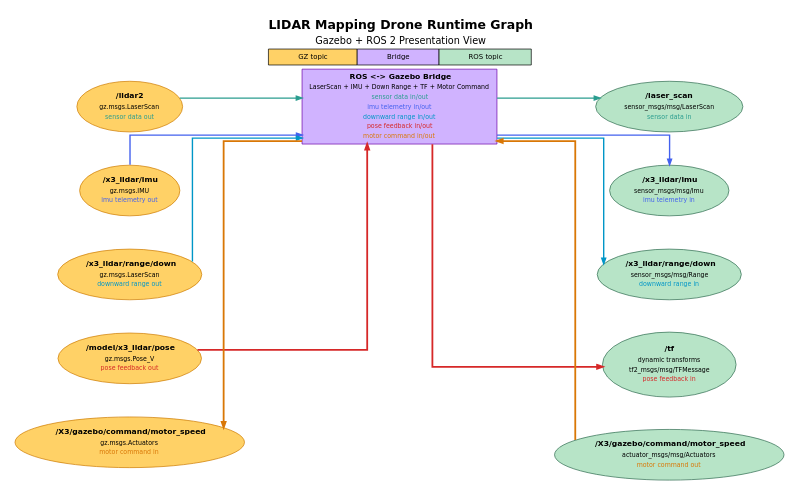
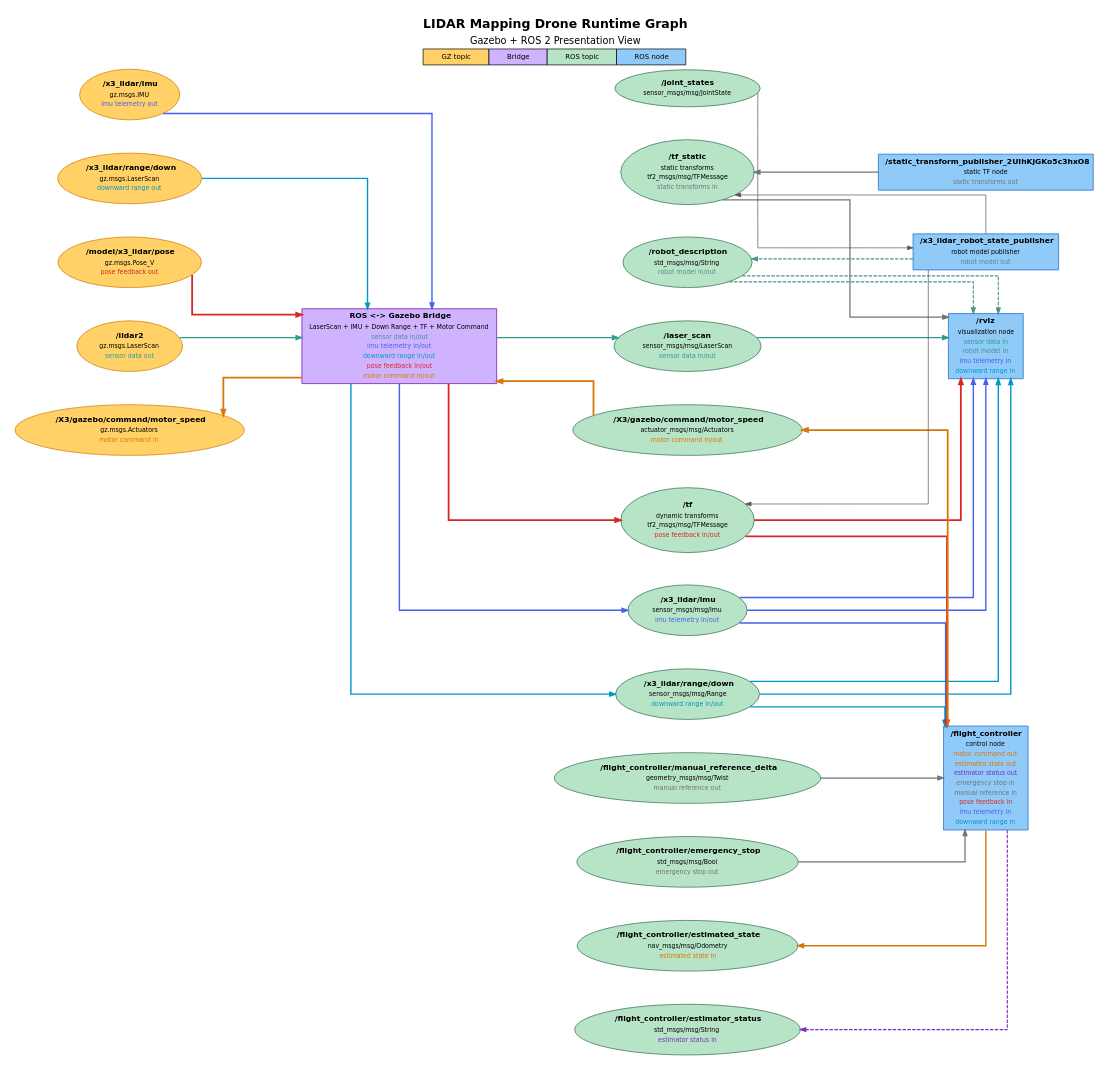
The diagram in tools/generated/ros_gz_system_graph.dot (KelennaUdo/LIDAR_mapping_drone), drawn with Graphviz before and after one commit. The commit also changed 17 other files, not shown here.

```diff
--- a/tools/generated/ros_gz_system_graph.dot
+++ b/tools/generated/ros_gz_system_graph.dot
@@ -1,5 +1,5 @@
 digraph RosGzSystemGraph {
-  graph [rankdir=LR, bgcolor="white", pad="0.2", nodesep="0.65", ranksep="1.15", splines="ortho", label=<<TABLE BORDER="0" CELLBORDER="0" CELLSPACING="0"><TR><TD><FONT POINT-SIZE="18"><B>LIDAR Mapping Drone Runtime Graph</B></FONT></TD></TR><TR><TD><FONT POINT-SIZE="14">Gazebo + ROS 2 Presentation View</FONT></TD></TR><TR><TD><TABLE BORDER="0" CELLBORDER="1" CELLSPACING="0" CELLPADDING="5"><TR><TD BGCOLOR="#ffd166"><FONT POINT-SIZE="10">GZ topic</FONT></TD><TD BGCOLOR="#d0b3ff"><FONT POINT-SIZE="10">Bridge</FONT></TD><TD BGCOLOR="#b7e4c7"><FONT POINT-SIZE="10">ROS topic</FONT></TD></TR></TABLE></TD></TR></TABLE>>, labelloc="t", labeljust="c", fontsize="18", fontname="DejaVu Sans"];
+  graph [rankdir=LR, bgcolor="white", pad="0.2", nodesep="0.65", ranksep="1.15", splines="ortho", label=<<TABLE BORDER="0" CELLBORDER="0" CELLSPACING="0"><TR><TD><FONT POINT-SIZE="18"><B>LIDAR Mapping Drone Runtime Graph</B></FONT></TD></TR><TR><TD><FONT POINT-SIZE="14">Gazebo + ROS 2 Presentation View</FONT></TD></TR><TR><TD><TABLE BORDER="0" CELLBORDER="1" CELLSPACING="0" CELLPADDING="5"><TR><TD BGCOLOR="#ffd166"><FONT POINT-SIZE="10">GZ topic</FONT></TD><TD BGCOLOR="#d0b3ff"><FONT POINT-SIZE="10">Bridge</FONT></TD><TD BGCOLOR="#b7e4c7"><FONT POINT-SIZE="10">ROS topic</FONT></TD><TD BGCOLOR="#90caf9"><FONT POINT-SIZE="10">ROS node</FONT></TD></TR></TABLE></TD></TR></TABLE>>, labelloc="t", labeljust="c", fontsize="18", fontname="DejaVu Sans"];
   node [fontname="DejaVu Sans", fontsize="11", style="filled"];
   edge [fontname="DejaVu Sans", fontsize="9", color="#555555", arrowsize="0.8"];
 
@@ -25,24 +25,37 @@
     label="ROS 2 Topics";
     color="#2d6a4f";
     style="rounded";
-    "ros_topic_laser_scan" [label=<<TABLE BORDER="0" CELLBORDER="0" CELLSPACING="0" CELLPADDING="2"><TR><TD><FONT POINT-SIZE="11"><B>/laser_scan</B></FONT></TD></TR><TR><TD><FONT POINT-SIZE="9">sensor_msgs/msg/LaserScan</FONT></TD></TR><TR><TD><FONT POINT-SIZE="9" COLOR="#2a9d8f">sensor data in</FONT></TD></TR></TABLE>>, shape="ellipse", fillcolor="#b7e4c7", color="#2d6a4f"];
-    "ros_topic_x3_lidar_imu" [label=<<TABLE BORDER="0" CELLBORDER="0" CELLSPACING="0" CELLPADDING="2"><TR><TD><FONT POINT-SIZE="11"><B>/x3_lidar/imu</B></FONT></TD></TR><TR><TD><FONT POINT-SIZE="9">sensor_msgs/msg/Imu</FONT></TD></TR><TR><TD><FONT POINT-SIZE="9" COLOR="#4361ee">imu telemetry in</FONT></TD></TR></TABLE>>, shape="ellipse", fillcolor="#b7e4c7", color="#2d6a4f"];
-    "ros_topic_x3_lidar_range_down" [label=<<TABLE BORDER="0" CELLBORDER="0" CELLSPACING="0" CELLPADDING="2"><TR><TD><FONT POINT-SIZE="11"><B>/x3_lidar/range/down</B></FONT></TD></TR><TR><TD><FONT POINT-SIZE="9">sensor_msgs/msg/Range</FONT></TD></TR><TR><TD><FONT POINT-SIZE="9" COLOR="#0096c7">downward range in</FONT></TD></TR></TABLE>>, shape="ellipse", fillcolor="#b7e4c7", color="#2d6a4f"];
-    "ros_topic_tf" [label=<<TABLE BORDER="0" CELLBORDER="0" CELLSPACING="0" CELLPADDING="2"><TR><TD><FONT POINT-SIZE="11"><B>/tf</B></FONT></TD></TR><TR><TD><FONT POINT-SIZE="9">dynamic transforms</FONT></TD></TR><TR><TD><FONT POINT-SIZE="9">tf2_msgs/msg/TFMessage</FONT></TD></TR><TR><TD><FONT POINT-SIZE="9" COLOR="#d62828">pose feedback in</FONT></TD></TR></TABLE>>, shape="ellipse", fillcolor="#b7e4c7", color="#2d6a4f"];
-    "ros_topic_X3_gazebo_command_motor_speed" [label=<<TABLE BORDER="0" CELLBORDER="0" CELLSPACING="0" CELLPADDING="2"><TR><TD><FONT POINT-SIZE="11"><B>/X3/gazebo/command/motor_speed</B></FONT></TD></TR><TR><TD><FONT POINT-SIZE="9">actuator_msgs/msg/Actuators</FONT></TD></TR><TR><TD><FONT POINT-SIZE="9" COLOR="#d97706">motor command out</FONT></TD></TR></TABLE>>, shape="ellipse", fillcolor="#b7e4c7", color="#2d6a4f"];
+    "ros_topic_laser_scan" [label=<<TABLE BORDER="0" CELLBORDER="0" CELLSPACING="0" CELLPADDING="2"><TR><TD><FONT POINT-SIZE="11"><B>/laser_scan</B></FONT></TD></TR><TR><TD><FONT POINT-SIZE="9">sensor_msgs/msg/LaserScan</FONT></TD></TR><TR><TD><FONT POINT-SIZE="9" COLOR="#2a9d8f">sensor data in/out</FONT></TD></TR></TABLE>>, shape="ellipse", fillcolor="#b7e4c7", color="#2d6a4f"];
+    "ros_topic_x3_lidar_imu" [label=<<TABLE BORDER="0" CELLBORDER="0" CELLSPACING="0" CELLPADDING="2"><TR><TD><FONT POINT-SIZE="11"><B>/x3_lidar/imu</B></FONT></TD></TR><TR><TD><FONT POINT-SIZE="9">sensor_msgs/msg/Imu</FONT></TD></TR><TR><TD><FONT POINT-SIZE="9" COLOR="#4361ee">imu telemetry in/out</FONT></TD></TR></TABLE>>, shape="ellipse", fillcolor="#b7e4c7", color="#2d6a4f"];
+    "ros_topic_x3_lidar_range_down" [label=<<TABLE BORDER="0" CELLBORDER="0" CELLSPACING="0" CELLPADDING="2"><TR><TD><FONT POINT-SIZE="11"><B>/x3_lidar/range/down</B></FONT></TD></TR><TR><TD><FONT POINT-SIZE="9">sensor_msgs/msg/Range</FONT></TD></TR><TR><TD><FONT POINT-SIZE="9" COLOR="#0096c7">downward range in/out</FONT></TD></TR></TABLE>>, shape="ellipse", fillcolor="#b7e4c7", color="#2d6a4f"];
+    "ros_topic_tf" [label=<<TABLE BORDER="0" CELLBORDER="0" CELLSPACING="0" CELLPADDING="2"><TR><TD><FONT POINT-SIZE="11"><B>/tf</B></FONT></TD></TR><TR><TD><FONT POINT-SIZE="9">dynamic transforms</FONT></TD></TR><TR><TD><FONT POINT-SIZE="9">tf2_msgs/msg/TFMessage</FONT></TD></TR><TR><TD><FONT POINT-SIZE="9" COLOR="#d62828">pose feedback in/out</FONT></TD></TR></TABLE>>, shape="ellipse", fillcolor="#b7e4c7", color="#2d6a4f"];
+    "ros_topic_tf_static" [label=<<TABLE BORDER="0" CELLBORDER="0" CELLSPACING="0" CELLPADDING="2"><TR><TD><FONT POINT-SIZE="11"><B>/tf_static</B></FONT></TD></TR><TR><TD><FONT POINT-SIZE="9">static transforms</FONT></TD></TR><TR><TD><FONT POINT-SIZE="9">tf2_msgs/msg/TFMessage</FONT></TD></TR><TR><TD><FONT POINT-SIZE="9" COLOR="#6c757d">static transforms in</FONT></TD></TR></TABLE>>, shape="ellipse", fillcolor="#b7e4c7", color="#2d6a4f"];
+    "ros_topic_robot_description" [label=<<TABLE BORDER="0" CELLBORDER="0" CELLSPACING="0" CELLPADDING="2"><TR><TD><FONT POINT-SIZE="11"><B>/robot_description</B></FONT></TD></TR><TR><TD><FONT POINT-SIZE="9">std_msgs/msg/String</FONT></TD></TR><TR><TD><FONT POINT-SIZE="9" COLOR="#4d908e">robot model in/out</FONT></TD></TR></TABLE>>, shape="ellipse", fillcolor="#b7e4c7", color="#2d6a4f"];
+    "ros_topic_flight_controller_estimated_state" [label=<<TABLE BORDER="0" CELLBORDER="0" CELLSPACING="0" CELLPADDING="2"><TR><TD><FONT POINT-SIZE="11"><B>/flight_controller/estimated_state</B></FONT></TD></TR><TR><TD><FONT POINT-SIZE="9">nav_msgs/msg/Odometry</FONT></TD></TR><TR><TD><FONT POINT-SIZE="9" COLOR="#d97706">estimated state in</FONT></TD></TR></TABLE>>, shape="ellipse", fillcolor="#b7e4c7", color="#2d6a4f"];
+    "ros_topic_flight_controller_estimator_status" [label=<<TABLE BORDER="0" CELLBORDER="0" CELLSPACING="0" CELLPADDING="2"><TR><TD><FONT POINT-SIZE="11"><B>/flight_controller/estimator_status</B></FONT></TD></TR><TR><TD><FONT POINT-SIZE="9">std_msgs/msg/String</FONT></TD></TR><TR><TD><FONT POINT-SIZE="9" COLOR="#7b2cbf">estimator status in</FONT></TD></TR></TABLE>>, shape="ellipse", fillcolor="#b7e4c7", color="#2d6a4f"];
+    "ros_topic_joint_states" [label=<<TABLE BORDER="0" CELLBORDER="0" CELLSPACING="0" CELLPADDING="2"><TR><TD><FONT POINT-SIZE="11"><B>/joint_states</B></FONT></TD></TR><TR><TD><FONT POINT-SIZE="9">sensor_msgs/msg/JointState</FONT></TD></TR></TABLE>>, shape="ellipse", fillcolor="#b7e4c7", color="#2d6a4f"];
+    "ros_topic_flight_controller_manual_reference_delta" [label=<<TABLE BORDER="0" CELLBORDER="0" CELLSPACING="0" CELLPADDING="2"><TR><TD><FONT POINT-SIZE="11"><B>/flight_controller/manual_reference_delta</B></FONT></TD></TR><TR><TD><FONT POINT-SIZE="9">geometry_msgs/msg/Twist</FONT></TD></TR><TR><TD><FONT POINT-SIZE="9" COLOR="#6c757d">manual reference out</FONT></TD></TR></TABLE>>, shape="ellipse", fillcolor="#b7e4c7", color="#2d6a4f"];
+    "ros_topic_flight_controller_emergency_stop" [label=<<TABLE BORDER="0" CELLBORDER="0" CELLSPACING="0" CELLPADDING="2"><TR><TD><FONT POINT-SIZE="11"><B>/flight_controller/emergency_stop</B></FONT></TD></TR><TR><TD><FONT POINT-SIZE="9">std_msgs/msg/Bool</FONT></TD></TR><TR><TD><FONT POINT-SIZE="9" COLOR="#6c757d">emergency stop out</FONT></TD></TR></TABLE>>, shape="ellipse", fillcolor="#b7e4c7", color="#2d6a4f"];
+    "ros_topic_X3_gazebo_command_motor_speed" [label=<<TABLE BORDER="0" CELLBORDER="0" CELLSPACING="0" CELLPADDING="2"><TR><TD><FONT POINT-SIZE="11"><B>/X3/gazebo/command/motor_speed</B></FONT></TD></TR><TR><TD><FONT POINT-SIZE="9">actuator_msgs/msg/Actuators</FONT></TD></TR><TR><TD><FONT POINT-SIZE="9" COLOR="#d97706">motor command in/out</FONT></TD></TR></TABLE>>, shape="ellipse", fillcolor="#b7e4c7", color="#2d6a4f"];
   }
 
   subgraph cluster_ros_nodes {
     label="ROS 2 Nodes";
     color="#1976d2";
     style="rounded";
+    "ros_node_flight_controller" [label=<<TABLE BORDER="0" CELLBORDER="0" CELLSPACING="0" CELLPADDING="2"><TR><TD><FONT POINT-SIZE="11"><B>/flight_controller</B></FONT></TD></TR><TR><TD><FONT POINT-SIZE="9">control node</FONT></TD></TR><TR><TD><FONT POINT-SIZE="9" COLOR="#d97706">motor command out</FONT></TD></TR><TR><TD><FONT POINT-SIZE="9" COLOR="#d97706">estimated state out</FONT></TD></TR><TR><TD><FONT POINT-SIZE="9" COLOR="#7b2cbf">estimator status out</FONT></TD></TR><TR><TD><FONT POINT-SIZE="9" COLOR="#6c757d">emergency stop in</FONT></TD></TR><TR><TD><FONT POINT-SIZE="9" COLOR="#6c757d">manual reference in</FONT></TD></TR><TR><TD><FONT POINT-SIZE="9" COLOR="#d62828">pose feedback in</FONT></TD></TR><TR><TD><FONT POINT-SIZE="9" COLOR="#4361ee">imu telemetry in</FONT></TD></TR><TR><TD><FONT POINT-SIZE="9" COLOR="#0096c7">downward range in</FONT></TD></TR></TABLE>>, shape="box", fillcolor="#90caf9", color="#1565c0"];
+    "ros_node_rviz" [label=<<TABLE BORDER="0" CELLBORDER="0" CELLSPACING="0" CELLPADDING="2"><TR><TD><FONT POINT-SIZE="11"><B>/rviz</B></FONT></TD></TR><TR><TD><FONT POINT-SIZE="9">visualization node</FONT></TD></TR><TR><TD><FONT POINT-SIZE="9" COLOR="#2a9d8f">sensor data in</FONT></TD></TR><TR><TD><FONT POINT-SIZE="9" COLOR="#4d908e">robot model in</FONT></TD></TR><TR><TD><FONT POINT-SIZE="9" COLOR="#4361ee">imu telemetry in</FONT></TD></TR><TR><TD><FONT POINT-SIZE="9" COLOR="#0096c7">downward range in</FONT></TD></TR></TABLE>>, shape="box", fillcolor="#90caf9", color="#1565c0"];
+    "ros_node_static_transform_publisher_2UIhKjGKo5c3hxO8" [label=<<TABLE BORDER="0" CELLBORDER="0" CELLSPACING="0" CELLPADDING="2"><TR><TD><FONT POINT-SIZE="11"><B>/static_transform_publisher_2UIhKjGKo5c3hxO8</B></FONT></TD></TR><TR><TD><FONT POINT-SIZE="9">static TF node</FONT></TD></TR><TR><TD><FONT POINT-SIZE="9" COLOR="#6c757d">static transforms out</FONT></TD></TR></TABLE>>, shape="box", fillcolor="#90caf9", color="#1565c0"];
+    "ros_node_x3_lidar_robot_state_publisher" [label=<<TABLE BORDER="0" CELLBORDER="0" CELLSPACING="0" CELLPADDING="2"><TR><TD><FONT POINT-SIZE="11"><B>/x3_lidar_robot_state_publisher</B></FONT></TD></TR><TR><TD><FONT POINT-SIZE="9">robot model publisher</FONT></TD></TR><TR><TD><FONT POINT-SIZE="9" COLOR="#4d908e">robot model out</FONT></TD></TR></TABLE>>, shape="box", fillcolor="#90caf9", color="#1565c0"];
   }
 
   { rank=same; "gz_topic_lidar2"; "gz_topic_x3_lidar_imu"; "gz_topic_x3_lidar_range_down"; "gz_topic_model_x3_lidar_pose"; "gz_topic_X3_gazebo_command_motor_speed"; }
   { rank=same; "bridge_ros_gz_bridge"; }
-  { rank=same; "ros_topic_laser_scan"; "ros_topic_x3_lidar_imu"; "ros_topic_x3_lidar_range_down"; "ros_topic_tf"; "ros_topic_X3_gazebo_command_motor_speed"; }
+  { rank=same; "ros_topic_laser_scan"; "ros_topic_x3_lidar_imu"; "ros_topic_x3_lidar_range_down"; "ros_topic_tf"; "ros_topic_tf_static"; "ros_topic_robot_description"; "ros_topic_flight_controller_estimated_state"; "ros_topic_flight_controller_estimator_status"; "ros_topic_joint_states"; "ros_topic_flight_controller_manual_reference_delta"; "ros_topic_flight_controller_emergency_stop"; "ros_topic_X3_gazebo_command_motor_speed"; }
+  { rank=same; "ros_node_flight_controller"; "ros_node_rviz"; "ros_node_static_transform_publisher_2UIhKjGKo5c3hxO8"; "ros_node_x3_lidar_robot_state_publisher"; }
   "gz_topic_lidar2" -> "bridge_ros_gz_bridge" [style="invis", weight="80"];
   "bridge_ros_gz_bridge" -> "ros_topic_laser_scan" [style="invis", weight="80"];
+  "ros_topic_laser_scan" -> "ros_node_rviz" [style="invis", weight="80"];
   "gz_topic_lidar2" -> "bridge_ros_gz_bridge" [color="#2a9d8f", penwidth="2.0", tooltip="/lidar2 -> ROS <-> Gazebo Bridge\nSignal: sensor data"];
   "bridge_ros_gz_bridge" -> "ros_topic_laser_scan" [color="#2a9d8f", penwidth="2.0", tooltip="ROS <-> Gazebo Bridge -> /laser_scan\nSignal: sensor data"];
   "gz_topic_x3_lidar_imu" -> "bridge_ros_gz_bridge" [color="#4361ee", penwidth="2.0", tooltip="/x3_lidar/imu -> ROS <-> Gazebo Bridge\nSignal: imu telemetry"];
@@ -53,4 +66,26 @@
   "bridge_ros_gz_bridge" -> "ros_topic_tf" [color="#d62828", penwidth="2.6", tooltip="ROS <-> Gazebo Bridge -> /tf\nSignal: pose feedback"];
   "ros_topic_X3_gazebo_command_motor_speed" -> "bridge_ros_gz_bridge" [color="#d97706", penwidth="2.6", constraint="false", tooltip="/X3/gazebo/command/motor_speed -> ROS <-> Gazebo Bridge\nSignal: motor command"];
   "bridge_ros_gz_bridge" -> "gz_topic_X3_gazebo_command_motor_speed" [color="#d97706", penwidth="2.6", constraint="false", tooltip="ROS <-> Gazebo Bridge -> /X3/gazebo/command/motor_speed\nSignal: motor command"];
+  "ros_node_flight_controller" -> "ros_topic_X3_gazebo_command_motor_speed" [color="#d97706", penwidth="2.6", constraint="false", tooltip="/flight_controller -> /X3/gazebo/command/motor_speed\nSignal: motor command"];
+  "ros_node_flight_controller" -> "ros_topic_flight_controller_estimated_state" [color="#d97706", penwidth="2.0", tooltip="/flight_controller -> /flight_controller/estimated_state\nSignal: estimated state"];
+  "ros_node_flight_controller" -> "ros_topic_flight_controller_estimator_status" [color="#7b2cbf", penwidth="1.6", style="dashed", tooltip="/flight_controller -> /flight_controller/estimator_status\nSignal: estimator status"];
+  "ros_topic_flight_controller_emergency_stop" -> "ros_node_flight_controller" [color="#6c757d", penwidth="1.8", tooltip="/flight_controller/emergency_stop -> /flight_controller\nSignal: emergency stop"];
+  "ros_topic_flight_controller_manual_reference_delta" -> "ros_node_flight_controller" [color="#6c757d", penwidth="1.8", tooltip="/flight_controller/manual_reference_delta -> /flight_controller\nSignal: manual reference"];
+  "ros_topic_tf" -> "ros_node_flight_controller" [color="#d62828", penwidth="2.6", tooltip="/tf -> /flight_controller\nSignal: pose feedback"];
+  "ros_topic_x3_lidar_imu" -> "ros_node_flight_controller" [color="#4361ee", penwidth="2.0", tooltip="/x3_lidar/imu -> /flight_controller\nSignal: imu telemetry"];
+  "ros_topic_x3_lidar_range_down" -> "ros_node_flight_controller" [color="#0096c7", penwidth="2.0", tooltip="/x3_lidar/range/down -> /flight_controller\nSignal: downward range"];
+  "ros_topic_laser_scan" -> "ros_node_rviz" [color="#2a9d8f", penwidth="2.0", tooltip="/laser_scan -> /rviz\nSignal: sensor data"];
+  "ros_topic_robot_description" -> "ros_node_rviz" [color="#4d908e", penwidth="1.6", style="dashed", tooltip="/robot_description -> /rviz\nSignal: robot model"];
+  "ros_topic_x3_lidar_imu" -> "ros_node_rviz" [color="#4361ee", penwidth="2.0", tooltip="/x3_lidar/imu -> /rviz\nSignal: imu telemetry"];
+  "ros_topic_x3_lidar_range_down" -> "ros_node_rviz" [color="#0096c7", penwidth="2.0", tooltip="/x3_lidar/range/down -> /rviz\nSignal: downward range"];
+  "ros_node_static_transform_publisher_2UIhKjGKo5c3hxO8" -> "ros_topic_tf_static" [color="#6c757d", penwidth="1.8", tooltip="/static_transform_publisher_2UIhKjGKo5c3hxO8 -> /tf_static\nSignal: static transforms"];
+  "ros_node_x3_lidar_robot_state_publisher" -> "ros_topic_robot_description" [color="#4d908e", penwidth="1.6", style="dashed", tooltip="/x3_lidar_robot_state_publisher -> /robot_description\nSignal: robot model"];
+  "ros_node_x3_lidar_robot_state_publisher" -> "ros_topic_tf" [color="#555555", tooltip="/x3_lidar_robot_state_publisher -> /tf\nSignal: publishes"];
+  "ros_node_x3_lidar_robot_state_publisher" -> "ros_topic_tf_static" [color="#555555", tooltip="/x3_lidar_robot_state_publisher -> /tf_static\nSignal: publishes"];
+  "ros_topic_joint_states" -> "ros_node_x3_lidar_robot_state_publisher" [color="#555555", tooltip="/joint_states -> /x3_lidar_robot_state_publisher\nSignal: subscribes"];
+  "ros_topic_tf" -> "ros_node_rviz" [color="#d62828", penwidth="2.6", tooltip="/tf -> /rviz\nSignal: pose feedback"];
+  "ros_topic_tf_static" -> "ros_node_rviz" [color="#6c757d", penwidth="1.8", tooltip="/tf_static -> /rviz\nSignal: static transforms"];
+  "ros_topic_x3_lidar_imu" -> "ros_node_rviz" [color="#4361ee", penwidth="2.0", tooltip="/x3_lidar/imu -> /rviz\nSignal: imu telemetry"];
+  "ros_topic_x3_lidar_range_down" -> "ros_node_rviz" [color="#0096c7", penwidth="2.0", tooltip="/x3_lidar/range/down -> /rviz\nSignal: downward range"];
+  "ros_topic_robot_description" -> "ros_node_rviz" [color="#4d908e", penwidth="1.6", style="dashed", tooltip="/robot_description -> /rviz\nSignal: robot model"];
 }
```
